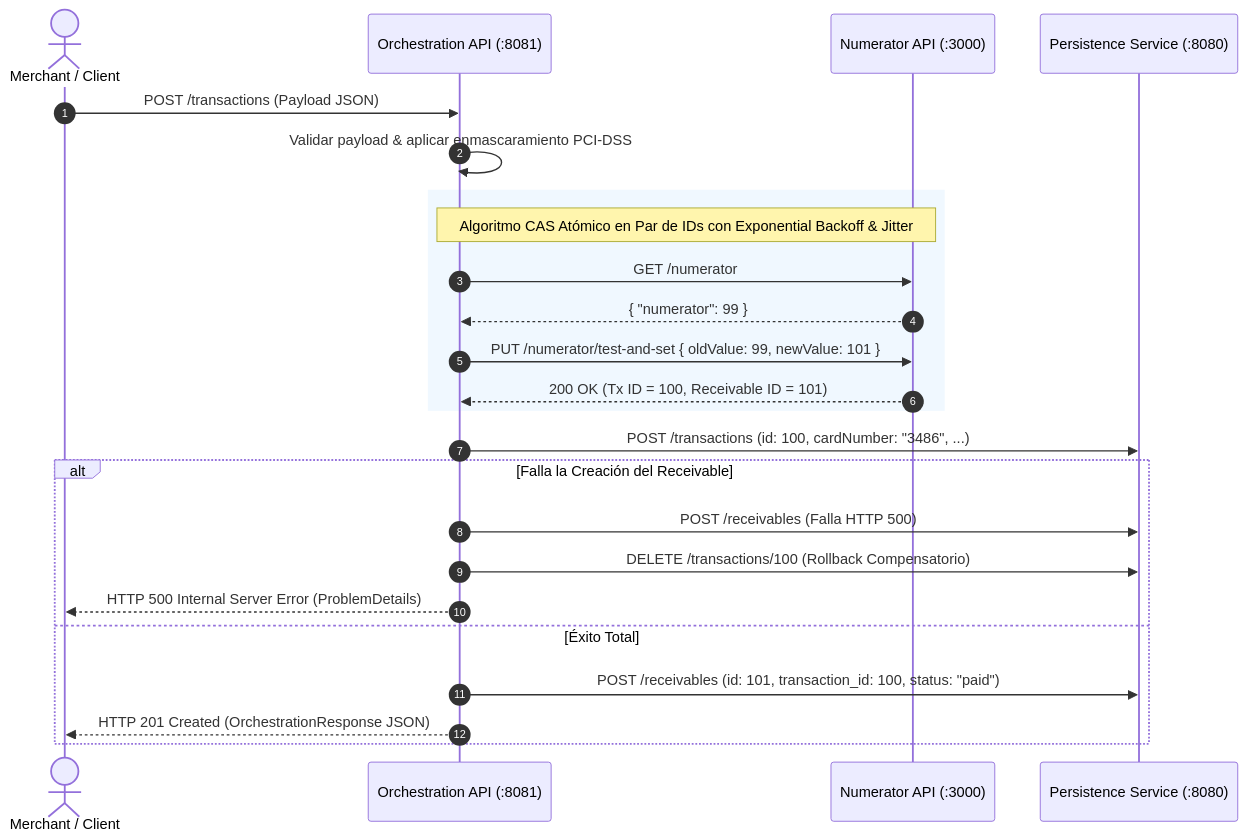
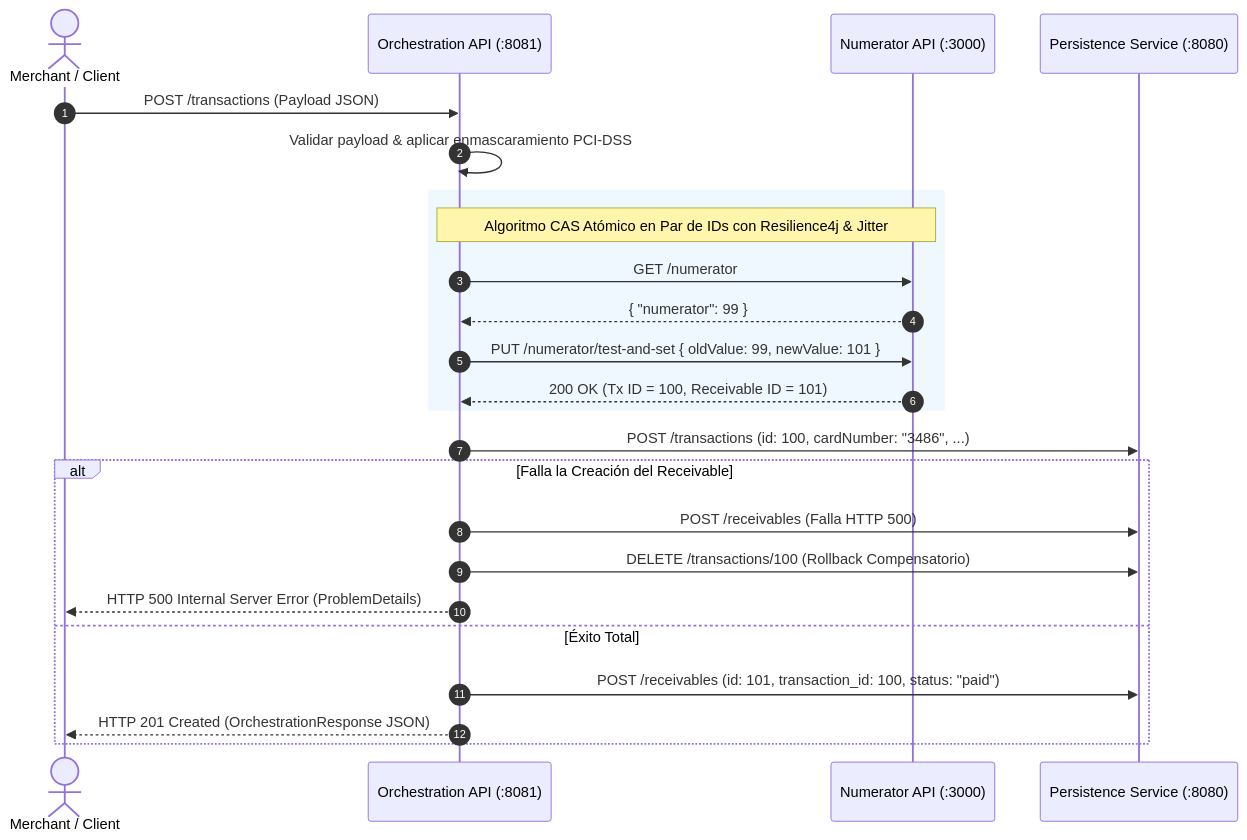
The diagram in orchestration-api/README.md (EzeCuccorese/merchant-transactions-orchestrator), drawn with Mermaid before and after one commit. The commit also changed other lines of this file, not shown here.

Commit message:
docs(readme): add Resilience4j CircuitBreaker and AuditAlertCode sections

````diff
--- a/orchestration-api/README.md
+++ b/orchestration-api/README.md
@@ -71,29 +84,29 @@
 ```mermaid
 sequenceDiagram
     autonumber
     actor Merchant as Merchant / Client
     participant API as Orchestration API (:8081)
     participant Num as Numerator API (:3000)
     participant DB as Persistence Service (:8080)
 
     Merchant->>API: POST /transactions (Payload JSON)
     API->>API: Validar payload & aplicar enmascaramiento PCI-DSS
     
     rect rgb(240, 248, 255)
-        note over API,Num: Algoritmo CAS Atómico en Par de IDs con Exponential Backoff & Jitter
+        note over API,Num: Algoritmo CAS Atómico en Par de IDs con Resilience4j & Jitter
         API->>Num: GET /numerator
         Num-->>API: { "numerator": 99 }
         API->>Num: PUT /numerator/test-and-set { oldValue: 99, newValue: 101 }
         Num-->>API: 200 OK (Tx ID = 100, Receivable ID = 101)
     end
 
     API->>DB: POST /transactions (id: 100, cardNumber: "3486", ...)
     alt Falla la Creación del Receivable
         API->>DB: POST /receivables (Falla HTTP 500)
         API->>DB: DELETE /transactions/100 (Rollback Compensatorio)
         API-->>Merchant: HTTP 500 Internal Server Error (ProblemDetails)
     else Éxito Total
         API->>DB: POST /receivables (id: 101, transaction_id: 100, status: "paid")
         API-->>Merchant: HTTP 201 Created (OrchestrationResponse JSON)
     end
 ```
````
